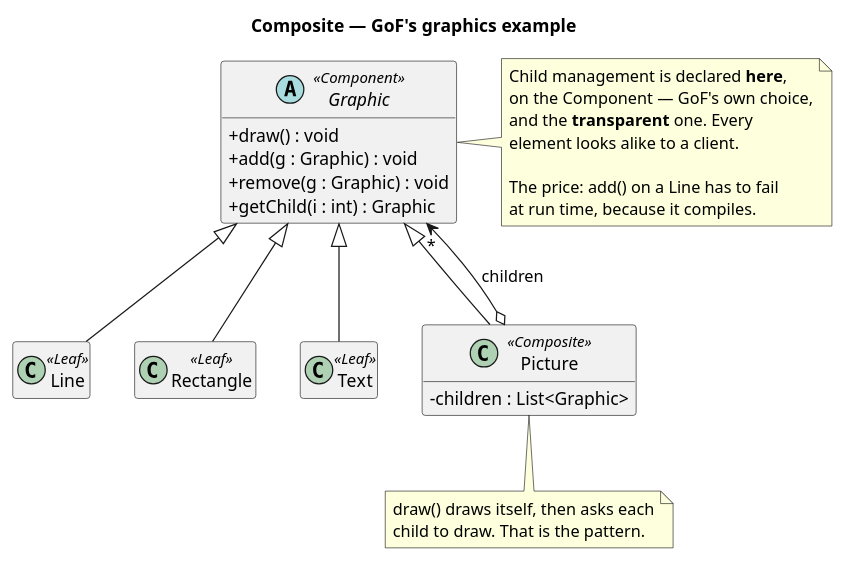
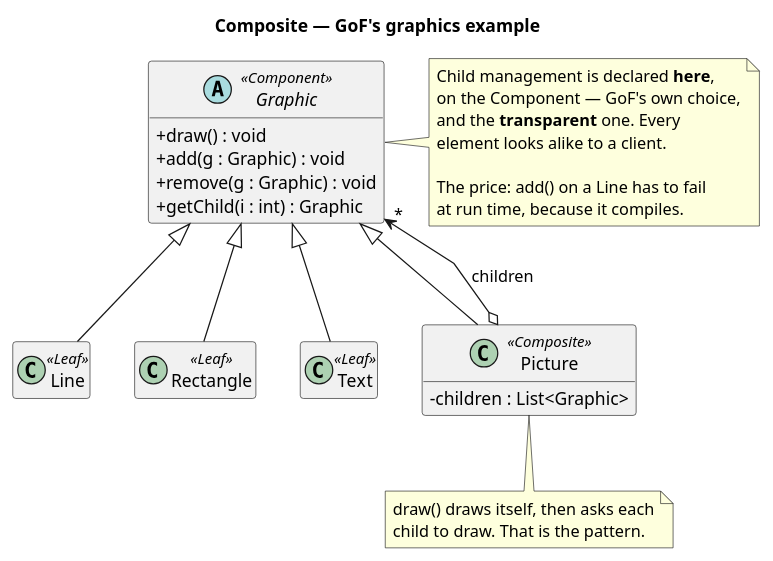
One commit to kaldiroglu/DesignPatternsWithJava changed the diagram in src/main/java/dev/kaldiroglu/dp/structural/composite/gof/graphics/uml/Composite - Graphics - Class Diagram.puml. Above: the diagram before and after it, drawn with PlantUML. The commit also changed 145 other files, not shown here.

Commit message:
Structural diagrams: each parent above and centered over its children, on one row, with straight lines; pm and pluggable adapter diagrams name the current methods and classes

```diff
--- a/src/main/java/dev/kaldiroglu/dp/structural/composite/gof/graphics/uml/Composite - Graphics - Class Diagram.puml
+++ b/src/main/java/dev/kaldiroglu/dp/structural/composite/gof/graphics/uml/Composite - Graphics - Class Diagram.puml
@@ -1,42 +1,43 @@
 @startuml "Composite - Graphics - Class Diagram"
+skinparam linetype polyline
 skinparam classAttributeIconSize 0
 hide empty members
 title Composite — GoF's graphics example
 
 
 abstract class Graphic <<Component>> {
   + draw() : void
   + add(g : Graphic) : void
   + remove(g : Graphic) : void
   + getChild(i : int) : Graphic
 }
 
 class Line <<Leaf>>
 class Rectangle <<Leaf>>
 class Text <<Leaf>>
 class Picture <<Composite>> {
   - children : List<Graphic>
 }
 
 Graphic <|-- Line
 Graphic <|-- Rectangle
 Graphic <|-- Text
 Graphic <|-- Picture
-Picture o--> "*" Graphic : children
 
 note right of Graphic
   Child management is declared <b>here</b>,
   on the Component — GoF's own choice,
   and the <b>transparent</b> one. Every
   element looks alike to a client.
 
   The price: add() on a Line has to fail
   at run time, because it compiles.
 end note
 
 note bottom of Picture
   draw() draws itself, then asks each
   child to draw. That is the pattern.
 end note
 
+Picture o-[norank]-> "*" Graphic : children
 @enduml
```
